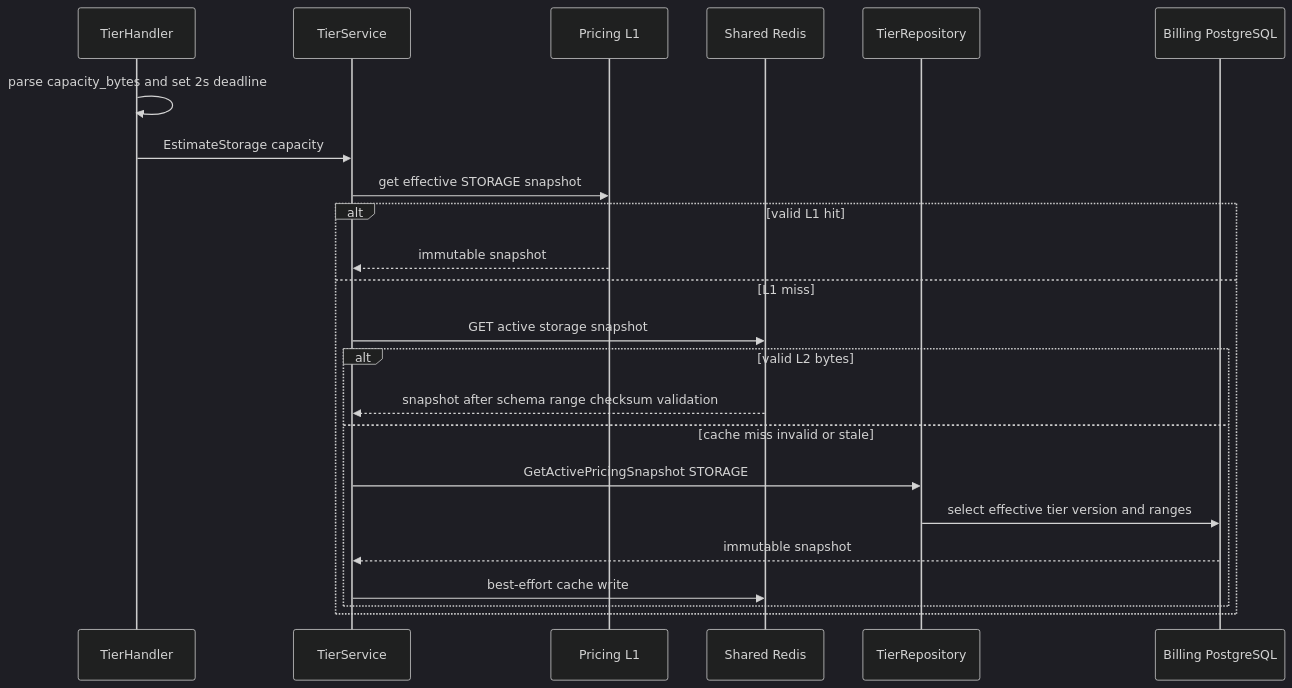
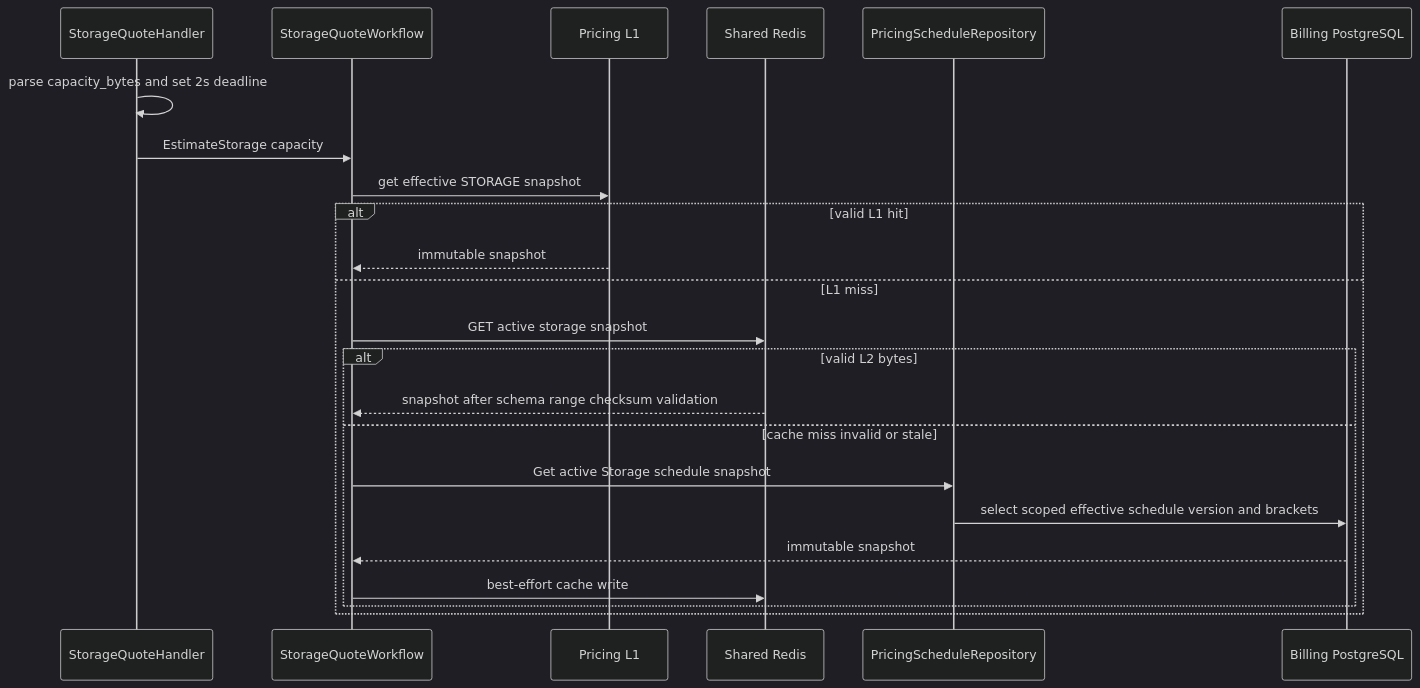
Before and after one commit to phucle996/aurora: the second of 3 diagrams in god_view/billing/billing_personal_storage_estimate_god_view.md, drawn with Mermaid (dark theme). The commit also changed other lines of this file and 10 other files, not shown here.

Commit message:
refactor(storage): switch quote and UI to hourly payg

````diff
--- a/god_view/billing/billing_personal_storage_estimate_god_view.md
+++ b/god_view/billing/billing_personal_storage_estimate_god_view.md
@@ -85,25 +93,25 @@
 ```mermaid
 sequenceDiagram
-    participant H as TierHandler
-    participant S as TierService
+    participant H as StorageQuoteHandler
+    participant S as StorageQuoteWorkflow
     participant L1 as Pricing L1
     participant L2 as Shared Redis
-    participant R as TierRepository
+    participant R as PricingScheduleRepository
     participant DB as Billing PostgreSQL
     H->>H: parse capacity_bytes and set 2s deadline
     H->>S: EstimateStorage capacity
     S->>L1: get effective STORAGE snapshot
     alt valid L1 hit
         L1-->>S: immutable snapshot
     else L1 miss
         S->>L2: GET active storage snapshot
         alt valid L2 bytes
             L2-->>S: snapshot after schema range checksum validation
         else cache miss invalid or stale
-            S->>R: GetActivePricingSnapshot STORAGE
-            R->>DB: select effective tier version and ranges
+            S->>R: Get active Storage schedule snapshot
+            R->>DB: select scoped effective schedule version and brackets
             DB-->>S: immutable snapshot
             S->>L2: best-effort cache write
         end
     end
 ```
````
